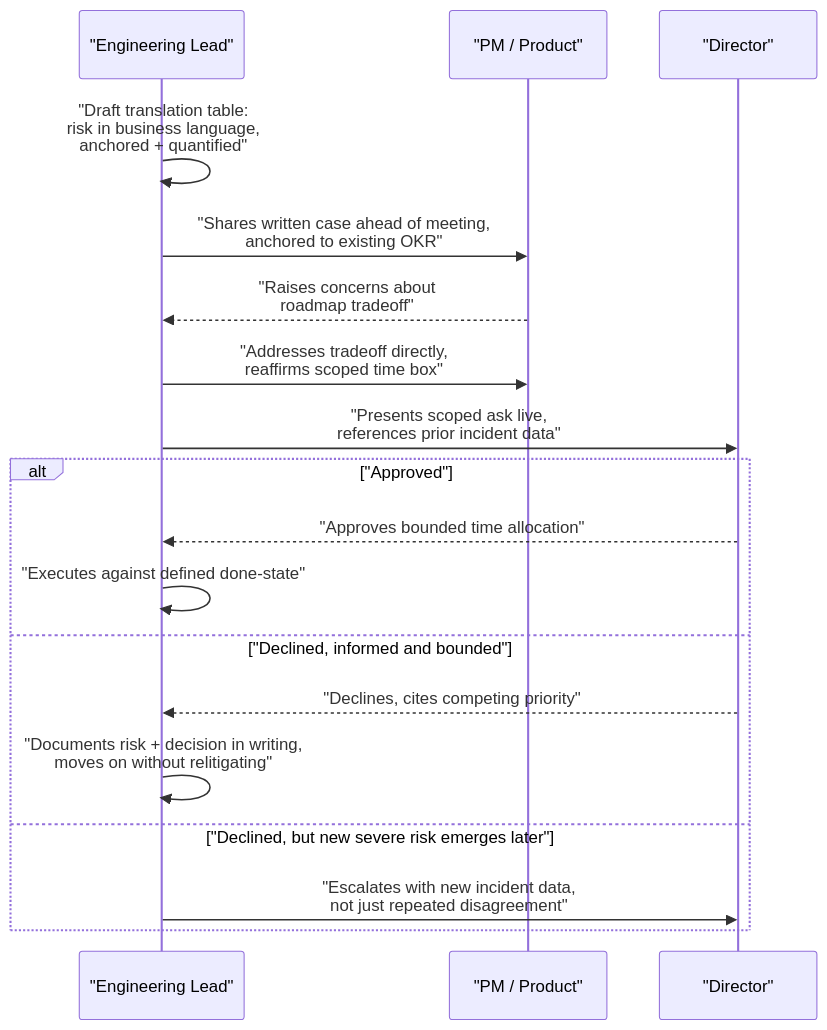
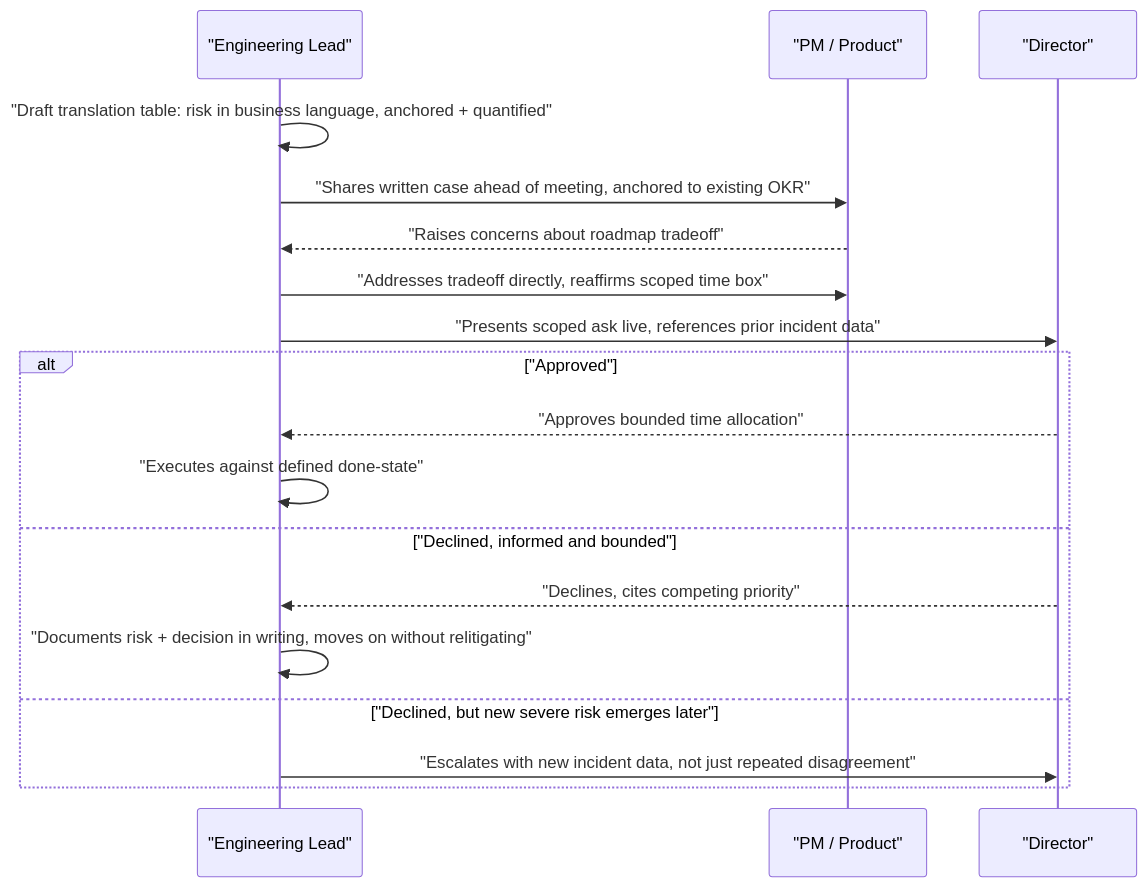
The second of 2 diagrams in data/topics/influencing-upward.md (vinayakhumberi/litmus), drawn with Mermaid before and after one commit. The commit also changed other lines of this file and 68 other files, not shown here.

````diff
--- a/data/topics/influencing-upward.md
+++ b/data/topics/influencing-upward.md
@@ -130,21 +130,21 @@
 ```mermaid
 sequenceDiagram
     participant Eng as "Engineering Lead"
     participant PM as "PM / Product"
     participant Dir as "Director"
 
-    Eng->>Eng: "Draft translation table:<br>risk in business language,<br>anchored + quantified"
-    Eng->>PM: "Shares written case ahead of meeting,<br>anchored to existing OKR"
-    PM-->>Eng: "Raises concerns about<br>roadmap tradeoff"
-    Eng->>PM: "Addresses tradeoff directly,<br>reaffirms scoped time box"
-    Eng->>Dir: "Presents scoped ask live,<br>references prior incident data"
+    Eng->>Eng: "Draft translation table: risk in business language, anchored + quantified"
+    Eng->>PM: "Shares written case ahead of meeting, anchored to existing OKR"
+    PM-->>Eng: "Raises concerns about roadmap tradeoff"
+    Eng->>PM: "Addresses tradeoff directly, reaffirms scoped time box"
+    Eng->>Dir: "Presents scoped ask live, references prior incident data"
     alt "Approved"
         Dir-->>Eng: "Approves bounded time allocation"
         Eng->>Eng: "Executes against defined done-state"
     else "Declined, informed and bounded"
         Dir-->>Eng: "Declines, cites competing priority"
-        Eng->>Eng: "Documents risk + decision in writing,<br>moves on without relitigating"
+        Eng->>Eng: "Documents risk + decision in writing, moves on without relitigating"
     else "Declined, but new severe risk emerges later"
-        Eng->>Dir: "Escalates with new incident data,<br>not just repeated disagreement"
+        Eng->>Dir: "Escalates with new incident data, not just repeated disagreement"
     end
 ```
````
